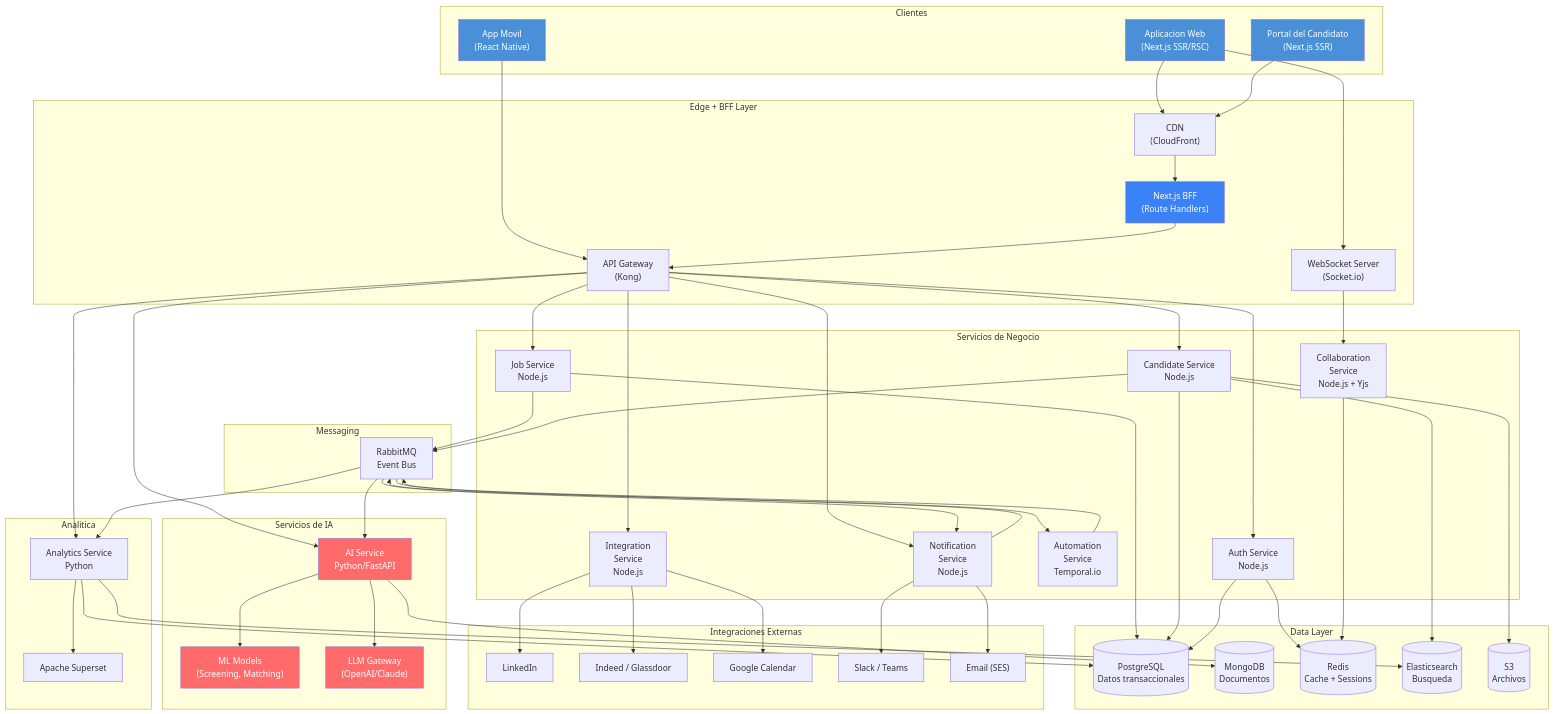
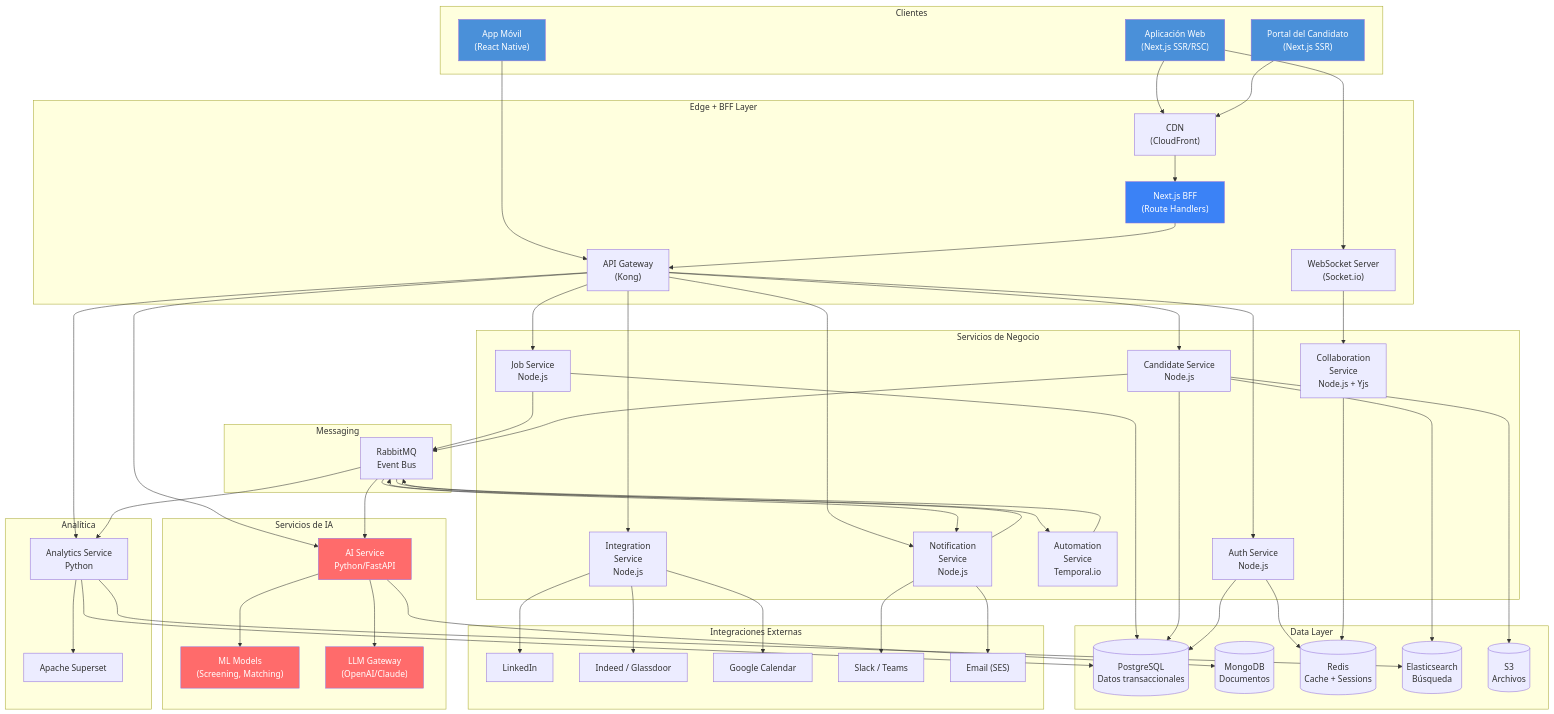
Before and after one commit to mrbicho/AI4Devs-design-1-202602-Seniors: the sixth of 9 diagrams in lti/LTI-DMM/LTI-DMM.md, drawn with Mermaid. The commit also changed other lines of this file and 1 other file, not shown here.

````diff
--- a/lti/LTI-DMM/LTI-DMM.md
+++ b/lti/LTI-DMM/LTI-DMM.md
@@ -777,8 +777,8 @@
 ```mermaid
 graph TB
     subgraph "Clientes"
-        WEB["Aplicacion Web<br/>(Next.js SSR/RSC)"]
-        MOB["App Movil<br/>(React Native)"]
+        WEB["Aplicación Web<br/>(Next.js SSR/RSC)"]
+        MOB["App Móvil<br/>(React Native)"]
         PORTAL["Portal del Candidato<br/>(Next.js SSR)"]
     end
 
@@ -805,7 +805,7 @@
         LLM["LLM Gateway<br/>(OpenAI/Claude)"]
     end
 
-    subgraph "Analitica"
+    subgraph "Analítica"
         ANALYTICS["Analytics Service<br/>Python"]
         SUPERSET["Apache Superset"]
     end
@@ -814,7 +814,7 @@
         PG[("PostgreSQL<br/>Datos transaccionales")]
         MONGO[("MongoDB<br/>Documentos")]
         REDIS[("Redis<br/>Cache + Sessions")]
-        ES[("Elasticsearch<br/>Busqueda")]
+        ES[("Elasticsearch<br/>Búsqueda")]
         S3[("S3<br/>Archivos")]
     end
 
````
